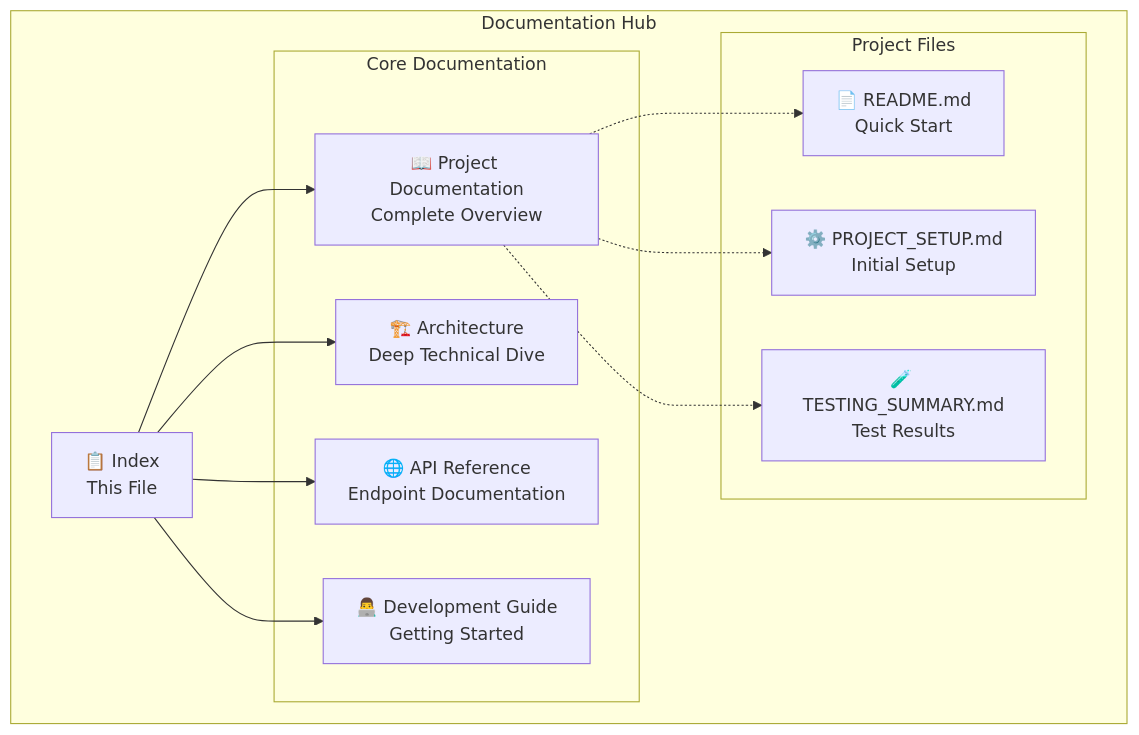
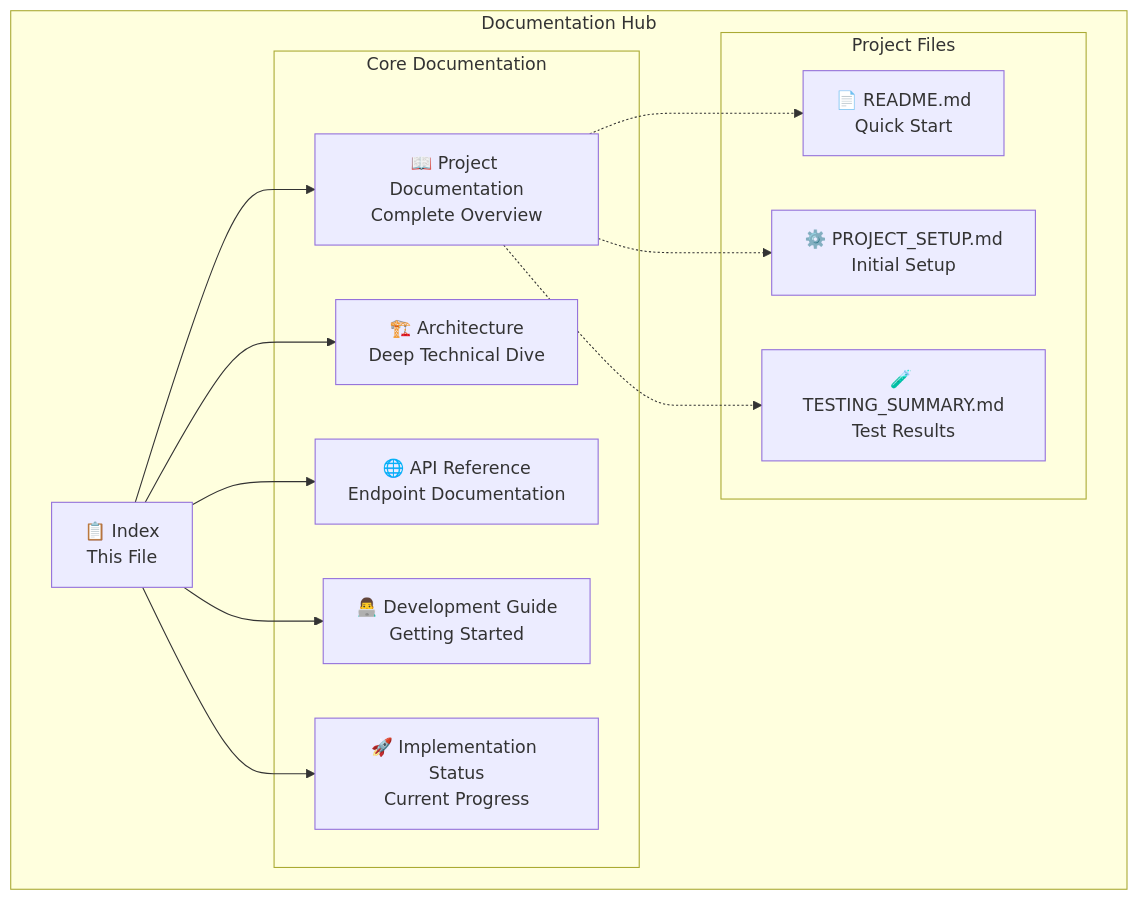
One commit to mdabdullahfaruque/StudyBridgeBD changed the first of 2 diagrams in docs/INDEX.md. Above: the diagram before and after it, drawn with Mermaid. The commit also changed other lines of this file and 5 other files, not shown here.

````diff
--- a/docs/INDEX.md
+++ b/docs/INDEX.md
@@ -7,28 +7,30 @@
 ```mermaid
 graph TB
     subgraph "Documentation Hub"
         INDEX[📋 Index<br/>This File]
         
         subgraph "Core Documentation"
             PROJECT[📖 Project Documentation<br/>Complete Overview]
             ARCH[🏗️ Architecture<br/>Deep Technical Dive]
             API[🌐 API Reference<br/>Endpoint Documentation]
             DEV[👨‍💻 Development Guide<br/>Getting Started]
+            IMPL[🚀 Implementation Status<br/>Current Progress]
         end
         
         subgraph "Project Files"
             README[📄 README.md<br/>Quick Start]
             SETUP[⚙️ PROJECT_SETUP.md<br/>Initial Setup]
             TESTING[🧪 TESTING_SUMMARY.md<br/>Test Results]
         end
     end
     
     INDEX --> PROJECT
     INDEX --> ARCH
     INDEX --> API
     INDEX --> DEV
+    INDEX --> IMPL
     
     PROJECT -.-> README
     PROJECT -.-> SETUP
     PROJECT -.-> TESTING
 ```
````
